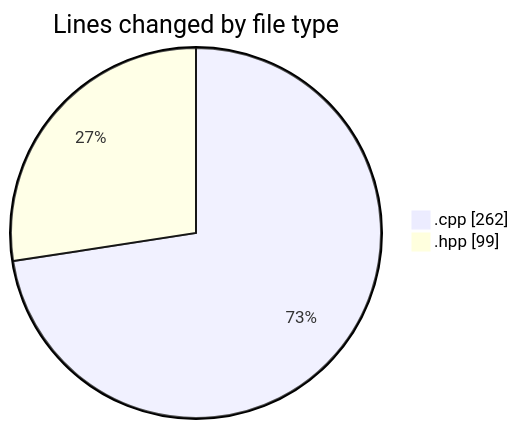
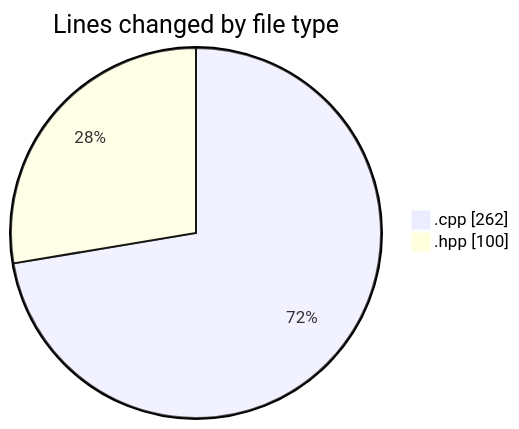
Before and after one commit to Netris89/code-tracking: the first of 2 diagrams in 2025-04-25/echo/README.md, drawn with Mermaid. The commit also changed other lines of this file and 1 other file, not shown here.

````diff
--- a/2025-04-25/echo/README.md
+++ b/2025-04-25/echo/README.md
@@ -21,6 +21,6 @@
 ```mermaid
 pie showData
 title Lines changed by file type
 ".cpp" : 262
-".hpp" : 99
+".hpp" : 100
 ```
````
